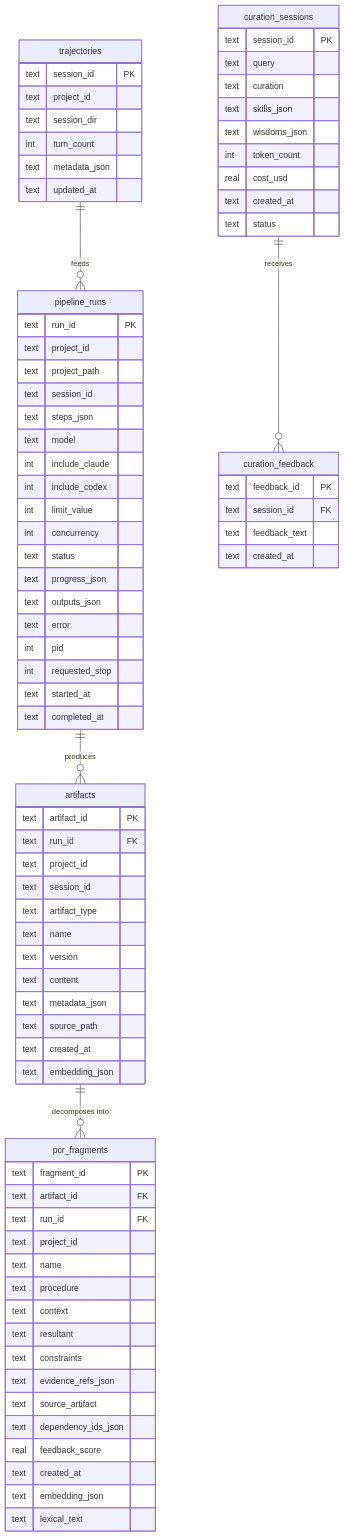
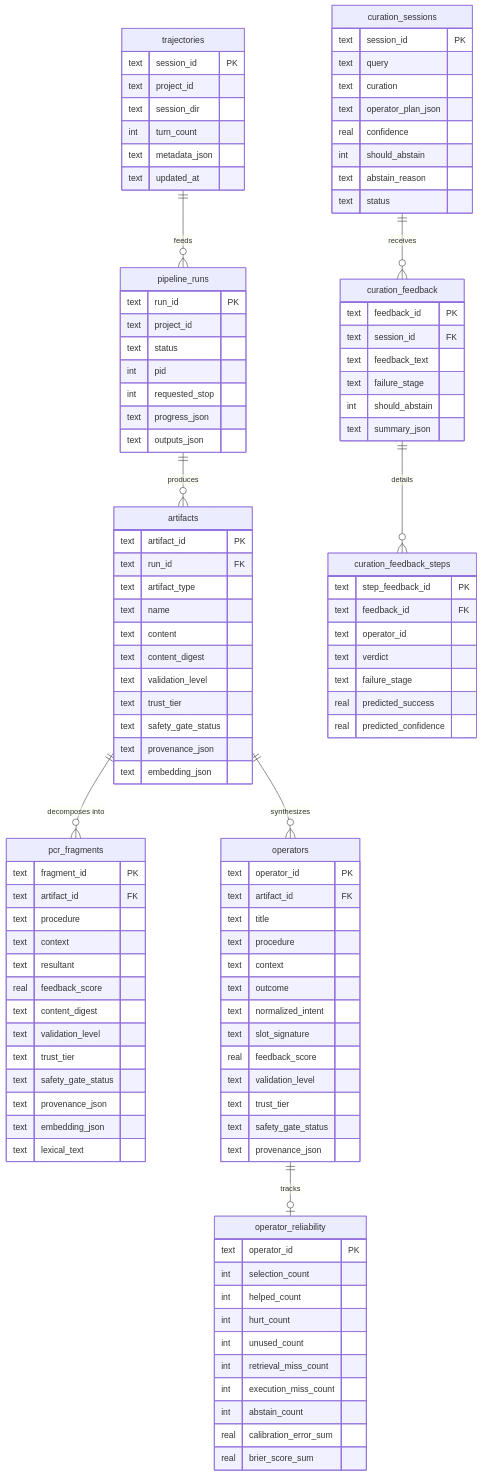
Before and after one commit to hbmartin/ratchet: the tenth of 12 diagrams in ARCHITECTURE_OVERVIEW.md, drawn with Mermaid. The commit also changed other lines of this file and 1 other file, not shown here.

````diff
--- a/ARCHITECTURE_OVERVIEW.md
+++ b/ARCHITECTURE_OVERVIEW.md
@@ -429,67 +628,67 @@
     pipeline_runs {
         text run_id PK
         text project_id
-        text project_path
-        text session_id
-        text steps_json
-        text model
-        int include_claude
-        int include_codex
-        int limit_value
-        int concurrency
         text status
+        int pid
+        int requested_stop
         text progress_json
         text outputs_json
-        text error
-        int pid
-        int requested_stop
-        text started_at
-        text completed_at
     }
 
     artifacts {
         text artifact_id PK
         text run_id FK
-        text project_id
-        text session_id
         text artifact_type
         text name
-        text version
         text content
-        text metadata_json
-        text source_path
-        text created_at
+        text content_digest
+        text validation_level
+        text trust_tier
+        text safety_gate_status
+        text provenance_json
         text embedding_json
     }
 
     pcr_fragments {
         text fragment_id PK
         text artifact_id FK
-        text run_id FK
-        text project_id
-        text name
         text procedure
         text context
         text resultant
-        text constraints
-        text evidence_refs_json
-        text source_artifact
-        text dependency_ids_json
         real feedback_score
-        text created_at
+        text content_digest
+        text validation_level
+        text trust_tier
+        text safety_gate_status
+        text provenance_json
         text embedding_json
         text lexical_text
+    }
+
+    operators {
+        text operator_id PK
+        text artifact_id FK
+        text title
+        text procedure
+        text context
+        text outcome
+        text normalized_intent
+        text slot_signature
+        real feedback_score
+        text validation_level
+        text trust_tier
+        text safety_gate_status
+        text provenance_json
     }
 
     curation_sessions {
         text session_id PK
         text query
         text curation
-        text skills_json
-        text wisdoms_json
-        int token_count
-        real cost_usd
-        text created_at
+        text operator_plan_json
+        real confidence
+        int should_abstain
+        text abstain_reason
         text status
     }
 
@@ -497,11 +696,39 @@
         text feedback_id PK
         text session_id FK
         text feedback_text
-        text created_at
+        text failure_stage
+        int should_abstain
+        text summary_json
+    }
+
+    curation_feedback_steps {
+        text step_feedback_id PK
+        text feedback_id FK
+        text operator_id
+        text verdict
+        text failure_stage
+        real predicted_success
+        real predicted_confidence
+    }
+
+    operator_reliability {
+        text operator_id PK
+        int selection_count
+        int helped_count
+        int hurt_count
+        int unused_count
+        int retrieval_miss_count
+        int execution_miss_count
+        int abstain_count
+        real calibration_error_sum
+        real brier_score_sum
     }
 
     pipeline_runs ||--o{ artifacts : "produces"
     artifacts ||--o{ pcr_fragments : "decomposes into"
+    artifacts ||--o{ operators : "synthesizes"
     curation_sessions ||--o{ curation_feedback : "receives"
+    curation_feedback ||--o{ curation_feedback_steps : "details"
+    operators ||--o| operator_reliability : "tracks"
     trajectories ||--o{ pipeline_runs : "feeds"
 ```
````
